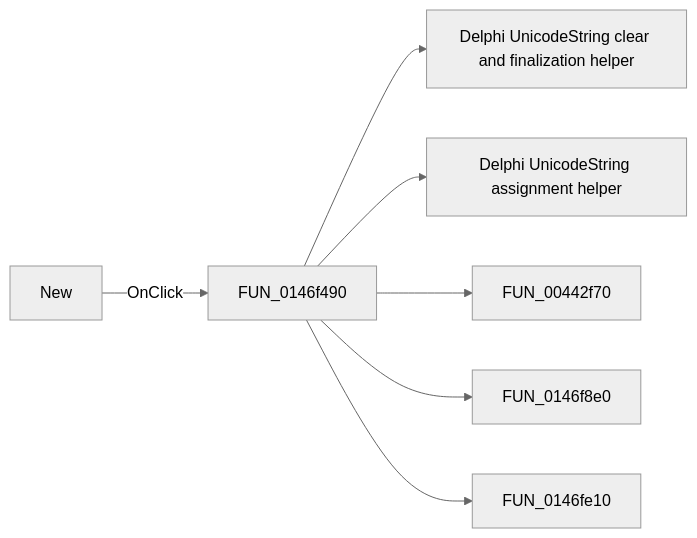
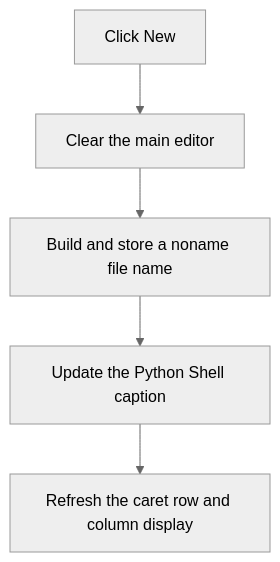
The diagram in docs/ui-controls/pymainform/sbfilenew-f8a1c43921.md (MovGP0/TIARA), drawn with Mermaid (neutral theme) before and after one commit. The commit also changed other lines of this file and 1062 other files, not shown here.

````diff
--- a/docs/ui-controls/pymainform/sbfilenew-f8a1c43921.md
+++ b/docs/ui-controls/pymainform/sbfilenew-f8a1c43921.md
@@ -27,9 +29,7 @@
 ```mermaid
-flowchart LR
-    control["New"] -->|OnClick| handler["FUN_0146f490"]
-    handler --> call1["Delphi UnicodeString clear and finalization helper"]
-    handler --> call2["Delphi UnicodeString assignment helper"]
-    handler --> call3["FUN_00442f70"]
-    handler --> call4["FUN_0146f8e0"]
-    handler --> call5["FUN_0146fe10"]
+flowchart TD
+    control["Click New"] --> clear["Clear the main editor"]
+    clear --> name["Build and store a noname file name"]
+    name --> title["Update the Python Shell caption"]
+    title --> position["Refresh the caret row and column display"]
 ```
````
